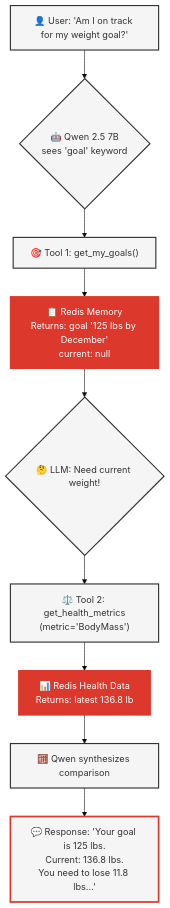
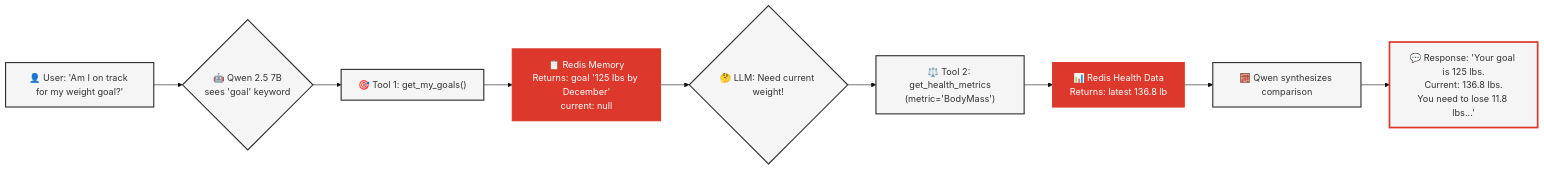
Before and after one commit to AllieRays/redis-wellness: the second of 4 diagrams in docs/06_AGENTIC_RAG.md, drawn with Mermaid (base theme). The commit also changed other lines of this file and 12 other files, not shown here.

````diff
--- a/docs/06_AGENTIC_RAG.md
+++ b/docs/06_AGENTIC_RAG.md
@@ -125,21 +142,21 @@
 ```mermaid
-flowchart TD
+flowchart LR
     A["👤 User: 'Am I on track for my weight goal?'"] --> B{🤖 Qwen 2.5 7B<br/>sees 'goal' keyword}
     B --> C["🎯 Tool 1: get_my_goals()"]
     C --> D["📋 Redis Memory<br/>Returns: goal '125 lbs by December'<br/>current: null"]
     D --> E{🤔 LLM: Need current weight!}
     E --> F["⚖️ Tool 2: get_health_metrics<br/>(metric='BodyMass')"]
     F --> G["📊 Redis Health Data<br/>Returns: latest 136.8 lb"]
     G --> H["🧮 Qwen synthesizes comparison"]
     H --> I["💬 Response: 'Your goal is 125 lbs.<br/>Current: 136.8 lbs.<br/>You need to lose 11.8 lbs...'"]
 
     style A fill:#f5f5f5,stroke:#333,stroke-width:2px
     style B fill:#f5f5f5,stroke:#333,stroke-width:2px
     style C fill:#f5f5f5,stroke:#333,stroke-width:2px
     style D fill:#DC382C,stroke:#DC382C,stroke-width:2px,color:#fff
     style E fill:#f5f5f5,stroke:#333,stroke-width:2px
     style F fill:#f5f5f5,stroke:#333,stroke-width:2px
     style G fill:#DC382C,stroke:#DC382C,stroke-width:2px,color:#fff
     style H fill:#f5f5f5,stroke:#333,stroke-width:2px
     style I fill:#f5f5f5,stroke:#DC382C,stroke-width:3px
 ```
````
